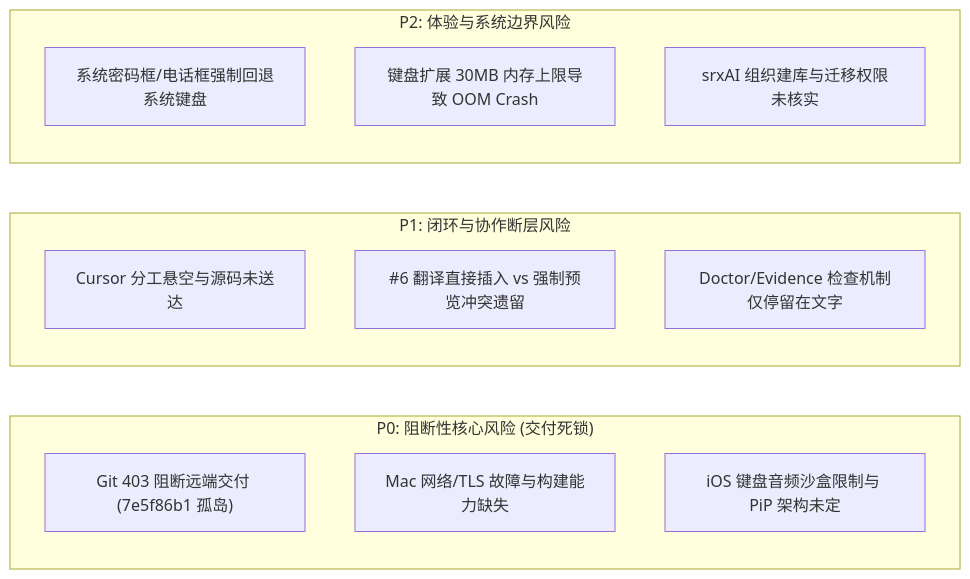
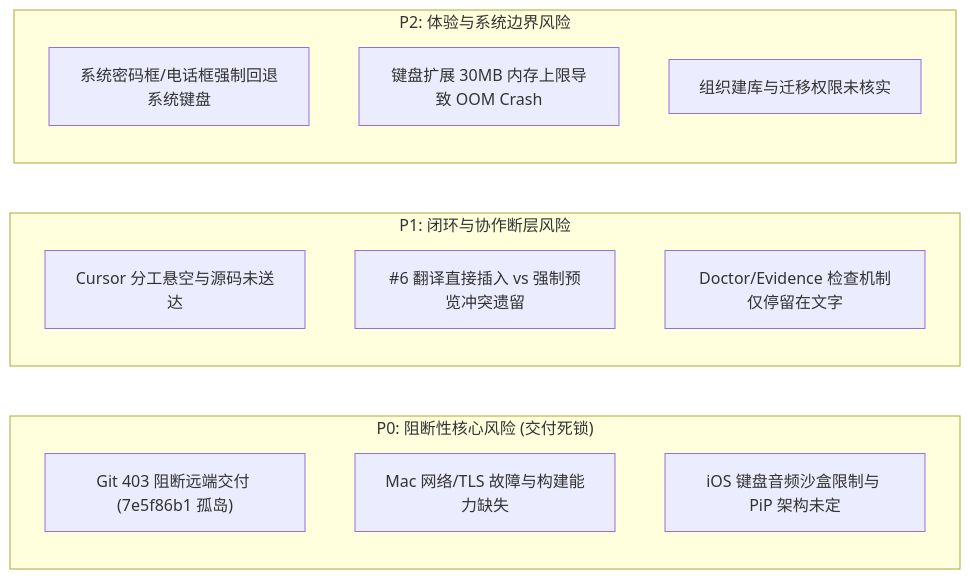
Before and after one commit to evan188199-tech/voice-polish-keyboard: the second of 3 diagrams in docs/agy-sprint-20261118/03-言出文随验收审查.md, drawn with Mermaid. The commit also changed other lines of this file and 16 other files, not shown here.

````diff
--- a/docs/agy-sprint-20261118/03-言出文随验收审查.md
+++ b/docs/agy-sprint-20261118/03-言出文随验收审查.md
@@ -86,18 +86,18 @@
 ```mermaid
 graph LR
     subgraph P0["P0: 阻断性核心风险 (交付死锁)"]
         R1["Git 403 阻断远端交付 (7e5f86b1 孤岛)"]
         R2["Mac 网络/TLS 故障与构建能力缺失"]
         R3["iOS 键盘音频沙盒限制与 PiP 架构未定"]
     end
     subgraph P1["P1: 闭环与协作断层风险"]
         R4["Cursor 分工悬空与源码未送达"]
         R5["#6 翻译直接插入 vs 强制预览冲突遗留"]
         R6["Doctor/Evidence 检查机制仅停留在文字"]
     end
     subgraph P2["P2: 体验与系统边界风险"]
         R7["系统密码框/电话框强制回退系统键盘"]
         R8["键盘扩展 30MB 内存上限导致 OOM Crash"]
-        R9["srxAI 组织建库与迁移权限未核实"]
+        R9["组织建库与迁移权限未核实"]
     end
 ```
````
